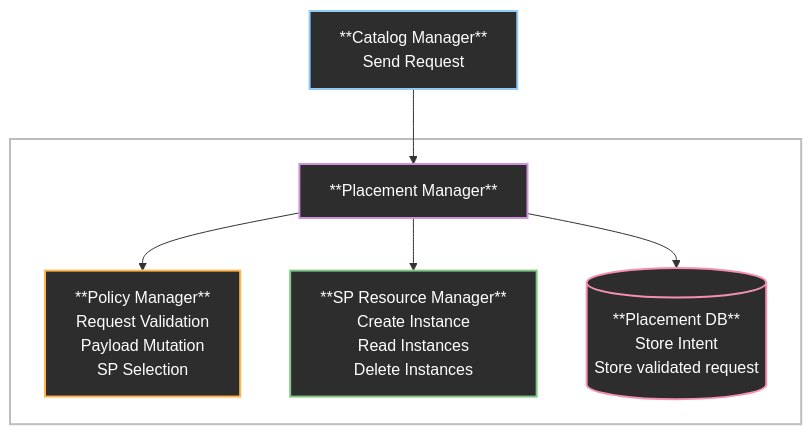
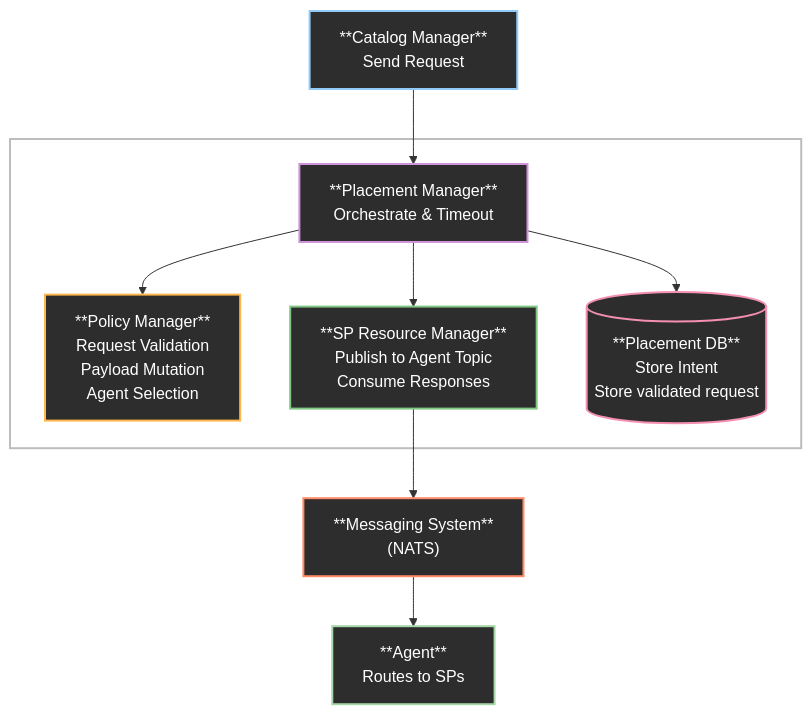
The first of 3 diagrams in enhancements/placement-manager/placement-manager.md (dcm-project/enhancements), drawn with Mermaid before and after one commit. The commit also changed other lines of this file and 7 other files, not shown here.

````diff
--- a/enhancements/placement-manager/placement-manager.md
+++ b/enhancements/placement-manager/placement-manager.md
@@ -50,31 +59,33 @@
 ```mermaid
 %%{init: {'flowchart': {'rankSpacing': 100, 'nodeSpacing': 10, 'curve': 'linear'},}}%%
 flowchart TD
     classDef catalogManager fill:#2d2d2d,color:#ffffff,stroke:#90caf9,stroke-width:2px
     classDef placementManager fill:#2d2d2d,color:#ffffff,stroke:#ce93d8,stroke-width:2px
     classDef policyEngine fill:#2d2d2d,color:#ffffff,stroke:#ffb74d,stroke-width:2px
     classDef spResourceManager fill:#2d2d2d,color:#ffffff,stroke:#81c784,stroke-width:2px
     classDef database fill:#2d2d2d,color:#ffffff,stroke:#f48fb1,stroke-width:2px
+    classDef messaging fill:#2d2d2d,color:#ffffff,stroke:#ff8a65,stroke-width:2px
+    classDef agent fill:#2d2d2d,color:#ffffff,stroke:#a5d6a7,stroke-width:2px
     classDef dcmCore fill:#FFFFFF,stroke:#bdbdbd,stroke-width:2px
 
     CM["**Catalog Manager**<br/>Send Request"]:::catalogManager
 
     subgraph DCM_Core [ ]
-        PM["**Placement Manager**<br/>"]:::placementManager
+        PM["**Placement Manager**<br/>Orchestrate & Timeout"]:::placementManager
+        PE["**Policy Manager**<br/>Request Validation<br/>Payload Mutation<br/>Agent Selection"]:::policyEngine
+        SPRM["**SP Resource Manager**<br/>Publish to Agent Topic<br/>Consume Responses"]:::spResourceManager
+        PM_DB[("**Placement DB**<br/>Store Intent<br/>Store validated request")]:::database
+    end
 
-        PE["**Policy Manager**<br/>Request Validation<br/>Payload Mutation<br/>SP Selection"]:::policyEngine
-
-        SPRM["**SP Resource Manager**<br/>Create Instance<br/> Read Instances<br/> Delete Instances"]:::spResourceManager
-
-        PM_DB[("**Placement DB**<br/>Store Intent<br/>Store validated request")]:::database
-
-    end
+    MS["**Messaging System**<br/>(NATS)"]:::messaging
+    AG["**Agent**<br/>Routes to SPs"]:::agent
 
     CM --> PM
     PM --> PE
     PM --> PM_DB
     PM --> SPRM
-
+    SPRM --> MS
+    MS --> AG
 
     class DCM_Core dcmCore
 ```
````
